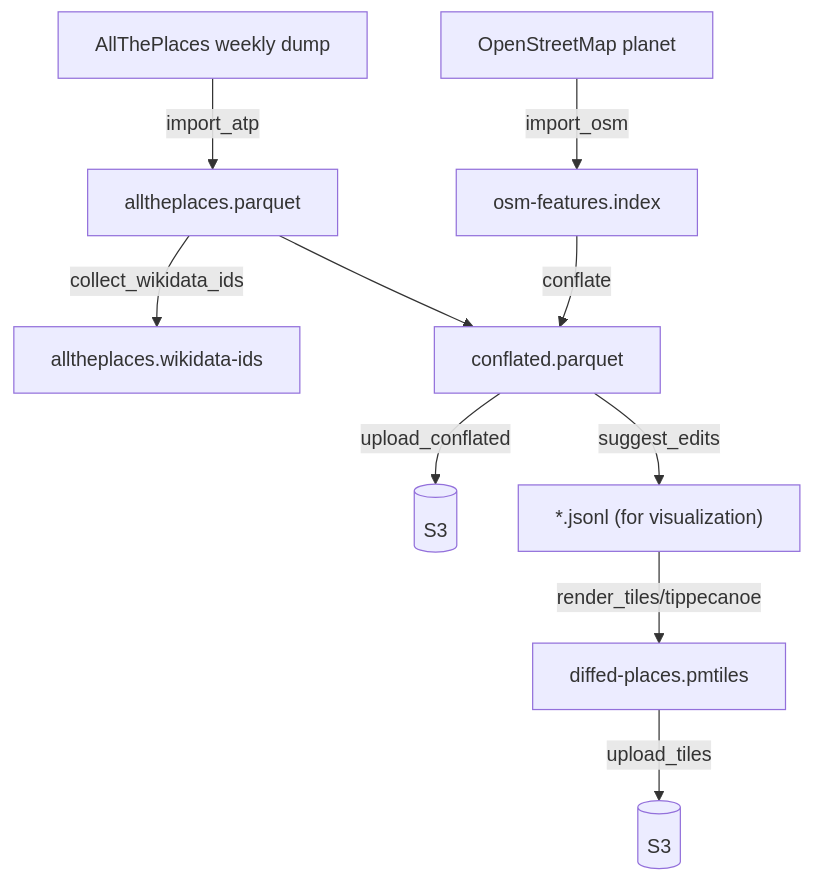
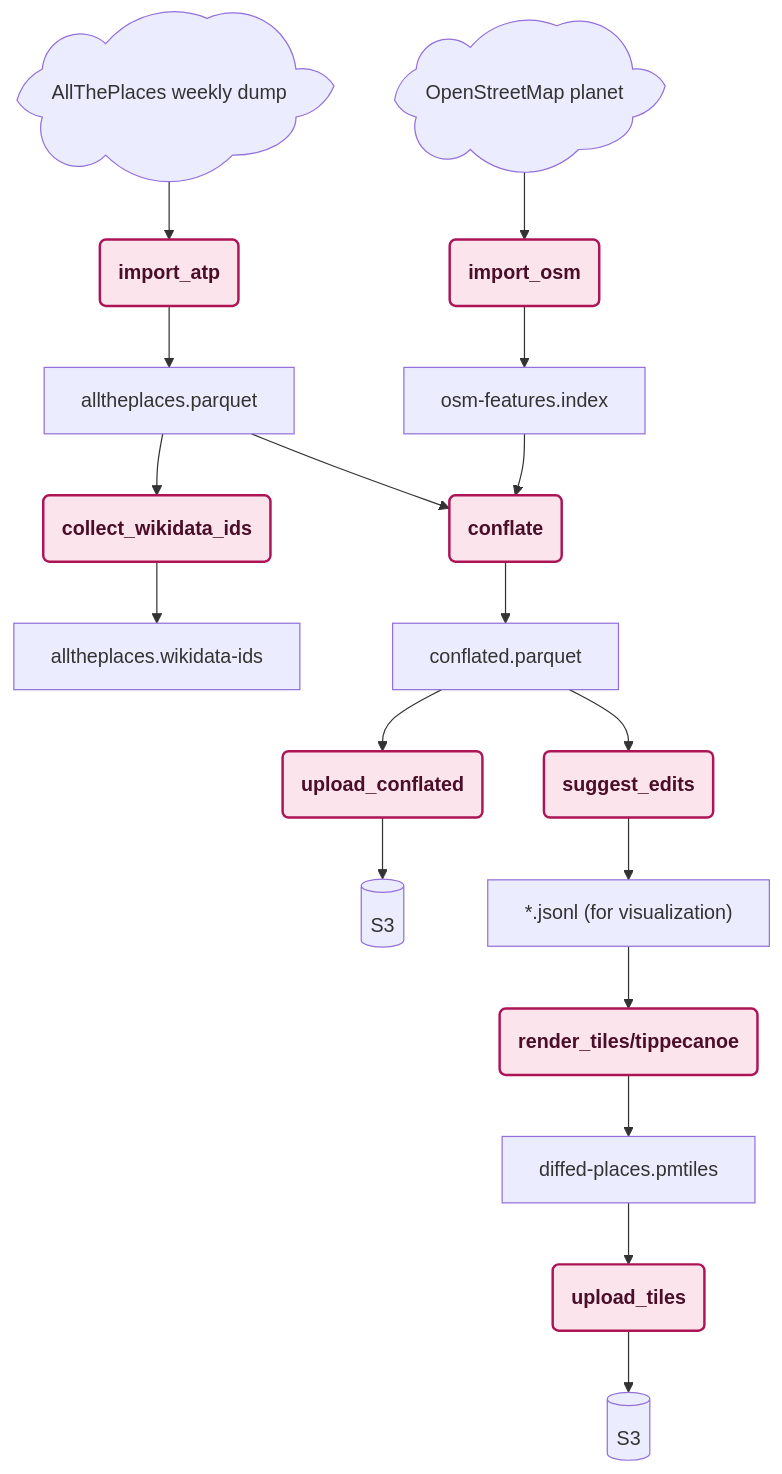
The diagram in docs/TECHNICAL_DESIGN.md (alltheplaces/osm-diffs), drawn with Mermaid before and after one commit. The commit also changed other lines of this file, not shown here.

Commit message:
docs: turn pipeline diagram's processing steps into real boxes (#774)
Previously most processing steps were only edge labels, which let the
alltheplaces.parquet -> conflated.parquet arrow bypass the "conflate"
step it should have pointed into. Every step is now a real node, so
both inputs to conflation visibly converge on the conflate box rather
than one going straight to the output file.

Also styles process boxes in pink via a classDef (fill/stroke/bold)
so they stand out from the plain-rectangle data files, and uses
Mermaid's newer cloud shape for the two external sources.

Claude-Session: https://claude.ai/code/session_012a2RALc5Y8zDGwoDEWapF4

````diff
--- a/docs/TECHNICAL_DESIGN.md
+++ b/docs/TECHNICAL_DESIGN.md
@@ -177,17 +177,21 @@
 ```mermaid
 graph TD
-    ATP_SRC[AllThePlaces weekly dump]
-    OSM_SRC[OpenStreetMap planet]
+    ATP_SRC@{ shape: cloud, label: "AllThePlaces weekly dump" }
+    OSM_SRC@{ shape: cloud, label: "OpenStreetMap planet" }
 
-    ATP_SRC -->|import_atp| ATP_PARQUET[alltheplaces.parquet]
-    ATP_PARQUET -->|collect_wikidata_ids| WIKIDATA[alltheplaces.wikidata-ids]
+    ATP_SRC --> IMPORT_ATP(import_atp) --> ATP_PARQUET[alltheplaces.parquet]
+    ATP_PARQUET --> COLLECT_WIKI(collect_wikidata_ids) --> WIKIDATA[alltheplaces.wikidata-ids]
 
-    OSM_SRC -->|import_osm| OSM_INDEX[osm-features.index]
+    OSM_SRC --> IMPORT_OSM(import_osm) --> OSM_INDEX[osm-features.index]
 
-    ATP_PARQUET --> CONFLATE
-    OSM_INDEX -->|conflate| CONFLATE[conflated.parquet]
-    CONFLATE -->|upload_conflated| S3A[(S3)]
-    CONFLATE -->|suggest_edits| LAYERS["*.jsonl (for visualization)"]
-    LAYERS -->|render_tiles/tippecanoe| PMTILES[diffed-places.pmtiles]
-    PMTILES -->|upload_tiles| S3B[(S3)]
+    ATP_PARQUET --> CONFLATE(conflate)
+    OSM_INDEX --> CONFLATE
+    CONFLATE --> CONFLATED[conflated.parquet]
+    CONFLATED --> UPLOAD_CONFLATED(upload_conflated) --> S3A[(S3)]
+    CONFLATED --> SUGGEST_EDITS(suggest_edits) --> LAYERS["*.jsonl (for visualization)"]
+    LAYERS --> RENDER_TILES(render_tiles/tippecanoe) --> PMTILES[diffed-places.pmtiles]
+    PMTILES --> UPLOAD_TILES(upload_tiles) --> S3B[(S3)]
+
+    classDef process fill:#fce4ec,stroke:#ad1457,stroke-width:2px,color:#4a0e28,font-weight:bold;
+    class IMPORT_ATP,COLLECT_WIKI,IMPORT_OSM,CONFLATE,UPLOAD_CONFLATED,SUGGEST_EDITS,RENDER_TILES,UPLOAD_TILES process;
 ```
````
